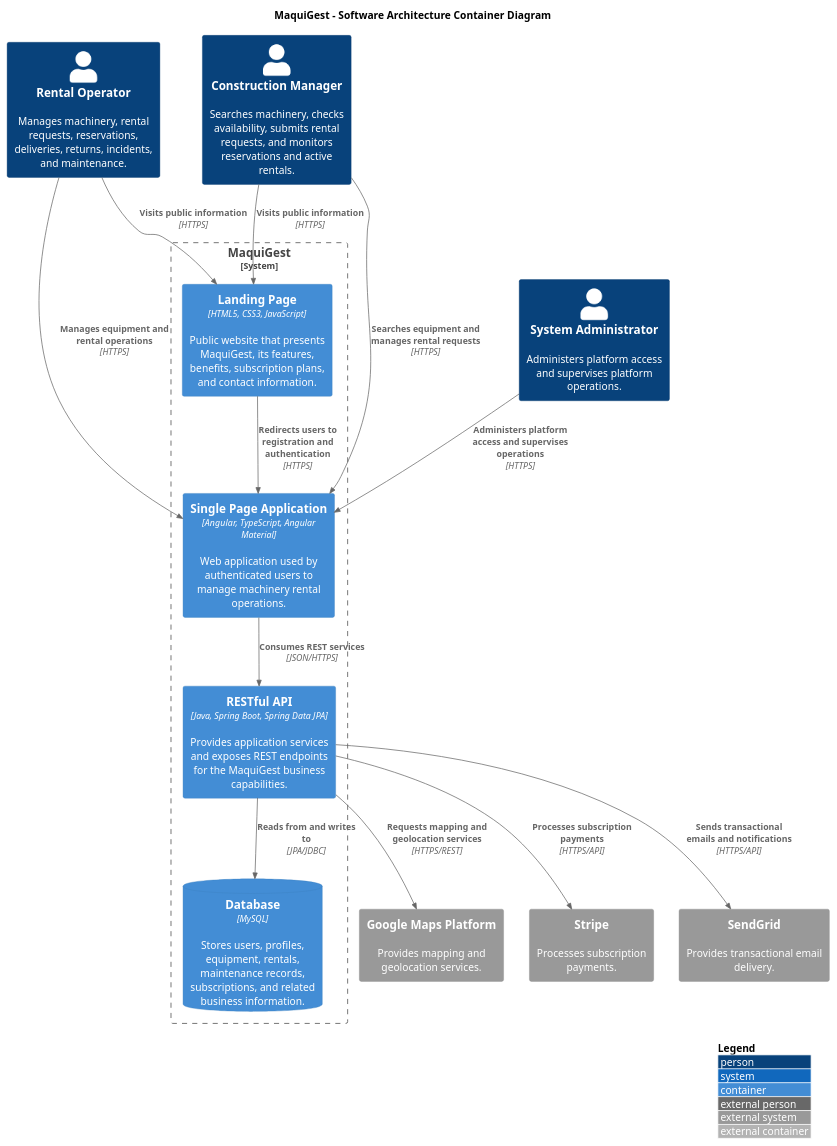
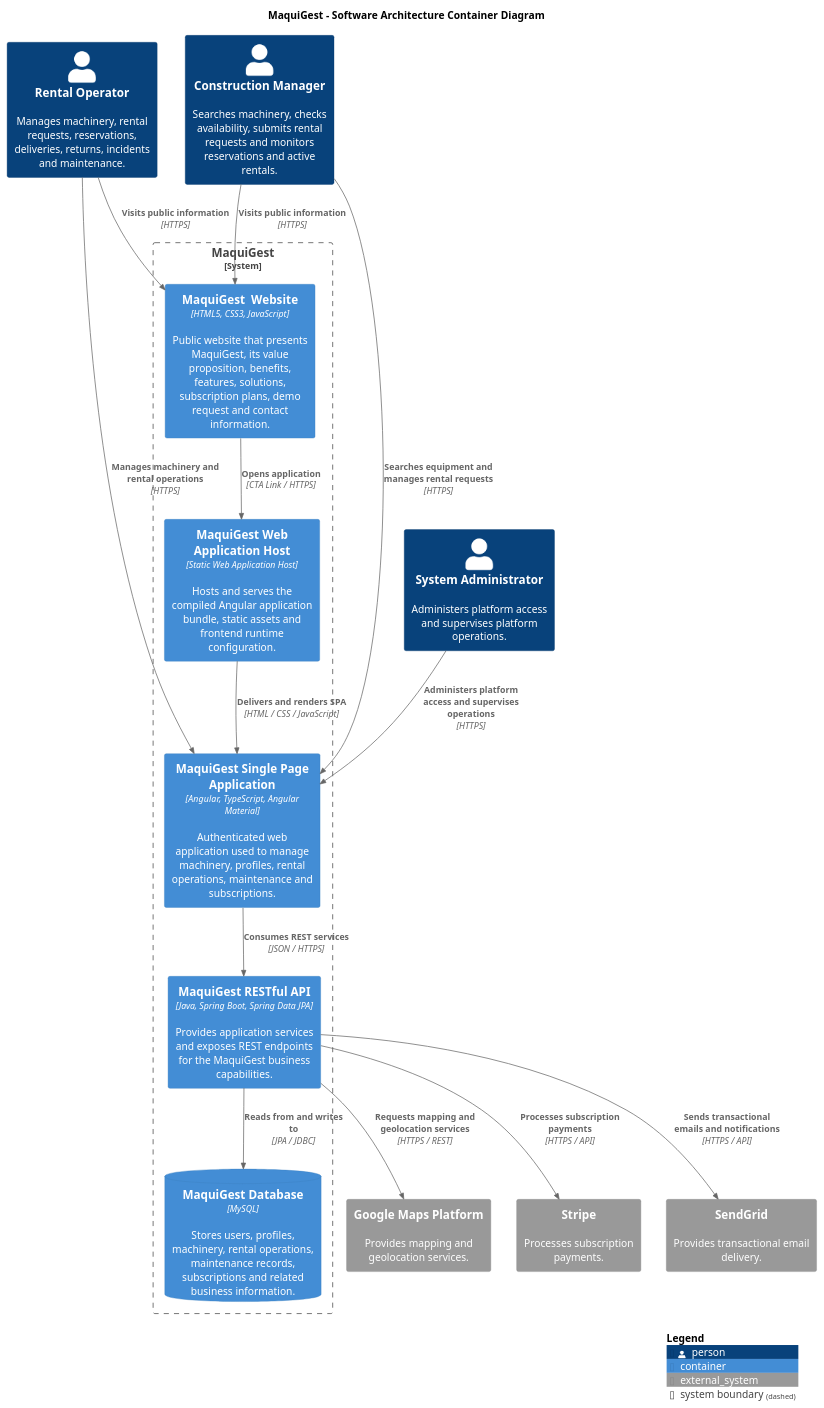
Before and after one commit to upc-pre-202620-1asi0729-7750-cleancode/maquigest-report: the diagram in assets/plantuml/chapter-4/c4/container/maquigest-c4-container-diagram.puml, drawn with PlantUML. The commit also changed 2 other files, not shown here.

```diff
--- a/assets/plantuml/chapter-4/c4/container/maquigest-c4-container-diagram.puml
+++ b/assets/plantuml/chapter-4/c4/container/maquigest-c4-container-diagram.puml
@@ -1,36 +1,42 @@
 @startuml
 
 !include https://raw.githubusercontent.com/plantuml-stdlib/C4-PlantUML/master/C4_Container.puml
 
-LAYOUT_WITH_LEGEND()
-
 title MaquiGest - Software Architecture Container Diagram
 
-Person(rentalOperator, "Rental Operator", "Manages machinery, rental requests, reservations, deliveries, returns, incidents, and maintenance.")
-Person(constructionManager, "Construction Manager", "Searches machinery, checks availability, submits rental requests, and monitors reservations and active rentals.")
+Person(rentalOperator, "Rental Operator", "Manages machinery, rental requests, reservations, deliveries, returns, incidents and maintenance.")
+Person(constructionManager, "Construction Manager", "Searches machinery, checks availability, submits rental requests and monitors reservations and active rentals.")
 Person(systemAdministrator, "System Administrator", "Administers platform access and supervises platform operations.")
 
-System_Boundary(maquigestBoundary, "MaquiGest") {
-    Container(landingPage, "Landing Page", "HTML5, CSS3, JavaScript", "Public website that presents MaquiGest, its features, benefits, subscription plans, and contact information.")
-    Container(spa, "Single Page Application", "Angular, TypeScript, Angular Material", "Web application used by authenticated users to manage machinery rental operations.")
-    Container(api, "RESTful API", "Java, Spring Boot, Spring Data JPA", "Provides application services and exposes REST endpoints for the MaquiGest business capabilities.")
-    ContainerDb(database, "Database", "MySQL", "Stores users, profiles, equipment, rentals, maintenance records, subscriptions, and related business information.")
+System_Boundary(maquigest, "MaquiGest") {
+    Container(landingWebsite, "MaquiGest  Website", "HTML5, CSS3, JavaScript", "Public website that presents MaquiGest, its value proposition, benefits, features, solutions, subscription plans, demo request and contact information.")
+    Container(webAppHost, "MaquiGest Web Application Host", "Static Web Application Host", "Hosts and serves the compiled Angular application bundle, static assets and frontend runtime configuration.")
+    Container(spa, "MaquiGest Single Page Application", "Angular, TypeScript, Angular Material", "Authenticated web application used to manage machinery, profiles, rental operations, maintenance and subscriptions.")
+    Container(api, "MaquiGest RESTful API", "Java, Spring Boot, Spring Data JPA", "Provides application services and exposes REST endpoints for the MaquiGest business capabilities.")
+    ContainerDb(database, "MaquiGest Database", "MySQL", "Stores users, profiles, machinery, rental operations, maintenance records, subscriptions and related business information.")
 }
 
 System_Ext(googleMaps, "Google Maps Platform", "Provides mapping and geolocation services.")
 System_Ext(stripe, "Stripe", "Processes subscription payments.")
 System_Ext(sendGrid, "SendGrid", "Provides transactional email delivery.")
 
-Rel(rentalOperator, landingPage, "Visits public information", "HTTPS")
-Rel(constructionManager, landingPage, "Visits public information", "HTTPS")
-Rel(rentalOperator, spa, "Manages equipment and rental operations", "HTTPS")
+Rel(rentalOperator, landingWebsite, "Visits public information", "HTTPS")
+Rel(constructionManager, landingWebsite, "Visits public information", "HTTPS")
+
+Rel(landingWebsite, webAppHost, "Opens application", "CTA Link / HTTPS")
+Rel(webAppHost, spa, "Delivers and renders SPA", "HTML / CSS / JavaScript")
+
+Rel(rentalOperator, spa, "Manages machinery and rental operations", "HTTPS")
 Rel(constructionManager, spa, "Searches equipment and manages rental requests", "HTTPS")
 Rel(systemAdministrator, spa, "Administers platform access and supervises operations", "HTTPS")
-Rel(landingPage, spa, "Redirects users to registration and authentication", "HTTPS")
-Rel(spa, api, "Consumes REST services", "JSON/HTTPS")
-Rel(api, database, "Reads from and writes to", "JPA/JDBC")
-Rel(api, googleMaps, "Requests mapping and geolocation services", "HTTPS/REST")
-Rel(api, stripe, "Processes subscription payments", "HTTPS/API")
-Rel(api, sendGrid, "Sends transactional emails and notifications", "HTTPS/API")
+
+Rel(spa, api, "Consumes REST services", "JSON / HTTPS")
+Rel(api, database, "Reads from and writes to", "JPA / JDBC")
+
+Rel(api, googleMaps, "Requests mapping and geolocation services", "HTTPS / REST")
+Rel(api, stripe, "Processes subscription payments", "HTTPS / API")
+Rel(api, sendGrid, "Sends transactional emails and notifications", "HTTPS / API")
+
+SHOW_LEGEND()
 
 @enduml
```
